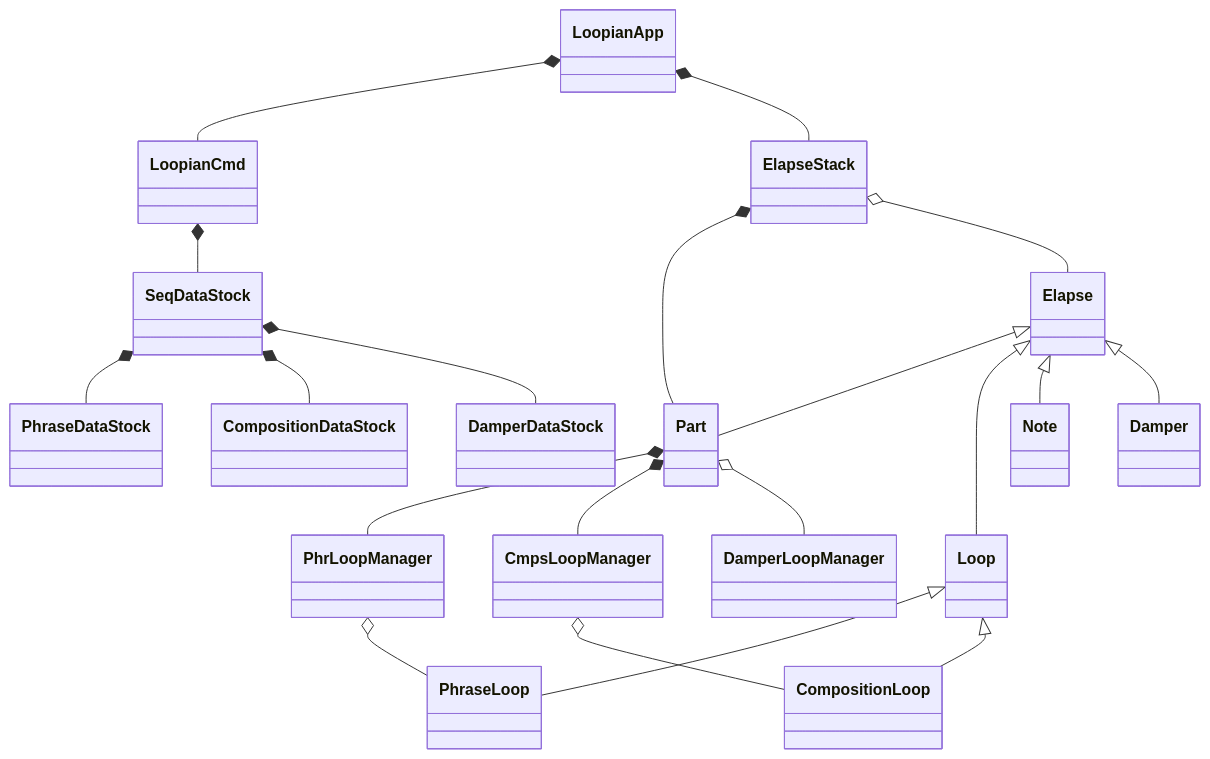
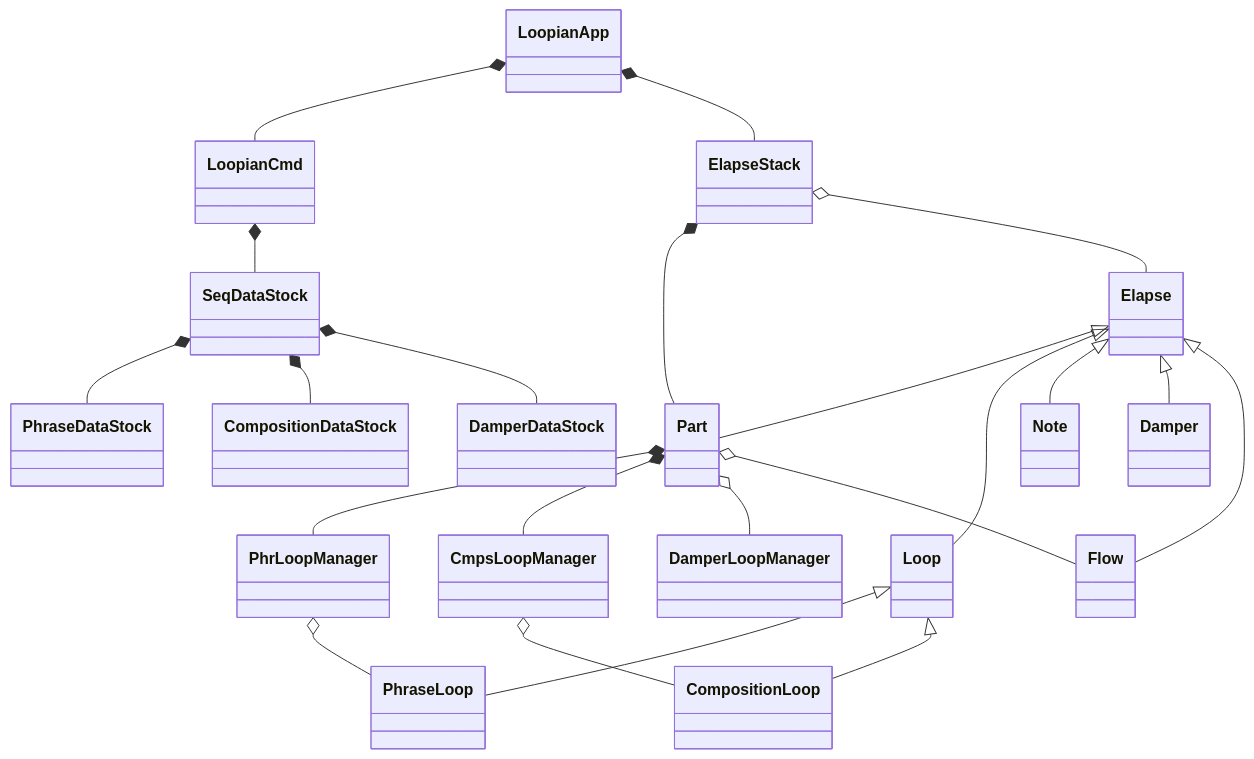
One commit to hasebems/Loopian_Rust changed the diagram in doc/idea.md. Above: the diagram before and after it, drawn with Mermaid. The commit also changed other lines of this file and 4 other files, not shown here.

````diff
--- a/doc/idea.md
+++ b/doc/idea.md
@@ -74,22 +87,24 @@
 ```mermaid
 classDiagram
 LoopianApp *-- LoopianCmd
 LoopianApp *-- ElapseStack
 Elapse <|-- Part
 Elapse <|-- Loop
 Loop <|-- PhraseLoop
 Loop <|-- CompositionLoop
 Elapse <|-- Note
 Elapse <|-- Damper
+Elapse <|-- Flow
 ElapseStack *-- Part
 ElapseStack o-- Elapse
 LoopianCmd *-- SeqDataStock
 SeqDataStock *-- PhraseDataStock
 SeqDataStock *-- CompositionDataStock
 SeqDataStock *-- DamperDataStock
 Part *-- PhrLoopManager
 Part *-- CmpsLoopManager
 Part o-- DamperLoopManager
+Part o-- Flow
 PhrLoopManager o-- PhraseLoop
 CmpsLoopManager o-- CompositionLoop
 ```
````
